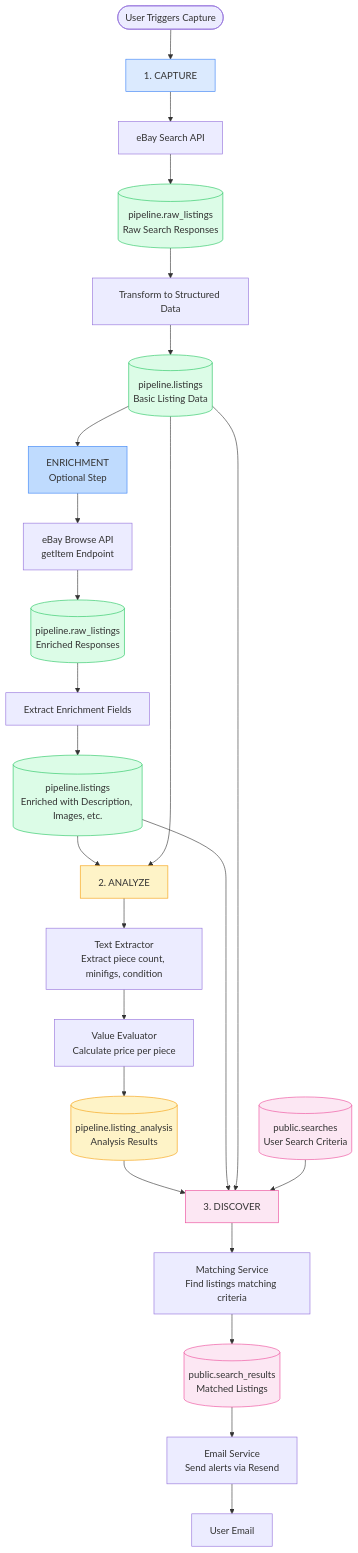
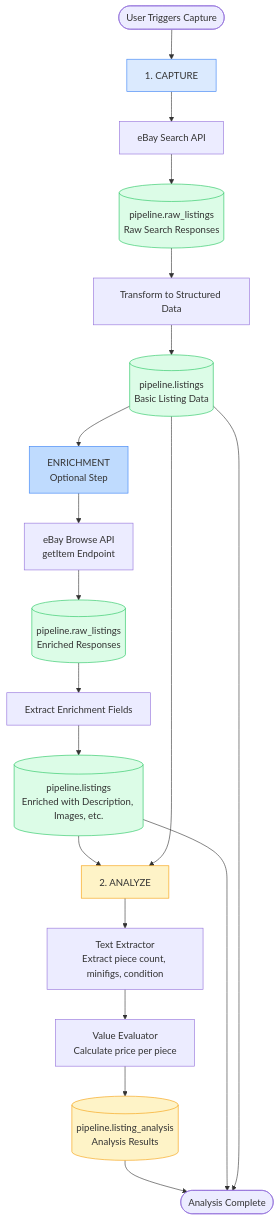
One commit to jeshuamaxey/brick-index changed the first of 4 diagrams in docs/pipeline.md. Above: the diagram before and after it, drawn with Mermaid. The commit also changed other lines of this file, not shown here.

````diff
--- a/docs/pipeline.md
+++ b/docs/pipeline.md
@@ -9,42 +9,34 @@
 ```mermaid
 flowchart TD
     Start([User Triggers Capture]) --> Capture[1. CAPTURE]
     
     Capture --> MarketplaceAPI[eBay Search API]
     MarketplaceAPI --> RawListings[(pipeline.raw_listings<br/>Raw Search Responses)]
     RawListings --> Transform[Transform to Structured Data]
     Transform --> Listings[(pipeline.listings<br/>Basic Listing Data)]
     
     Listings --> Enrich[ENRICHMENT<br/>Optional Step]
     Enrich --> EnrichAPI[eBay Browse API<br/>getItem Endpoint]
     EnrichAPI --> EnrichedRaw[(pipeline.raw_listings<br/>Enriched Responses)]
     EnrichedRaw --> EnrichExtract[Extract Enrichment Fields]
     EnrichExtract --> EnrichedListings[(pipeline.listings<br/>Enriched with Description, Images, etc.)]
     
     EnrichedListings --> Analyze[2. ANALYZE]
     Listings --> Analyze
     Analyze --> TextExtractor[Text Extractor<br/>Extract piece count, minifigs, condition]
     TextExtractor --> ValueEvaluator[Value Evaluator<br/>Calculate price per piece]
     ValueEvaluator --> Analysis[(pipeline.listing_analysis<br/>Analysis Results)]
     
-    Analysis --> Discover[3. DISCOVER]
-    EnrichedListings --> Discover
-    Listings --> Discover
-    Searches[(public.searches<br/>User Search Criteria)] --> Discover
-    Discover --> Matching[Matching Service<br/>Find listings matching criteria]
-    Matching --> SearchResults[(public.search_results<br/>Matched Listings)]
-    SearchResults --> EmailService[Email Service<br/>Send alerts via Resend]
-    EmailService --> UserEmail[User Email]
+    Analysis --> End([Analysis Complete])
+    EnrichedListings --> End
+    Listings --> End
     
     style Capture fill:#dbeafe,stroke:#3b82f6
     style Enrich fill:#bfdbfe,stroke:#3b82f6
     style Analyze fill:#fef3c7,stroke:#f59e0b
-    style Discover fill:#fce7f3,stroke:#ec4899
     style RawListings fill:#dcfce7,stroke:#22c55e
     style Listings fill:#dcfce7,stroke:#22c55e
     style EnrichedRaw fill:#dcfce7,stroke:#22c55e
     style EnrichedListings fill:#dcfce7,stroke:#22c55e
     style Analysis fill:#fef3c7,stroke:#f59e0b
-    style Searches fill:#fce7f3,stroke:#ec4899
-    style SearchResults fill:#fce7f3,stroke:#ec4899
 ```
````
